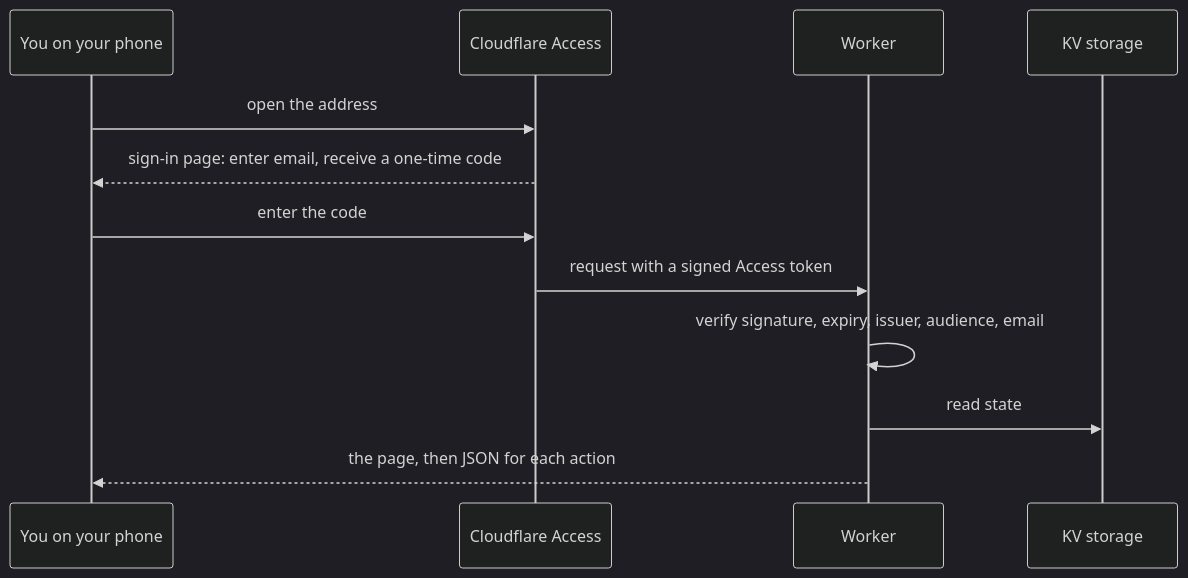
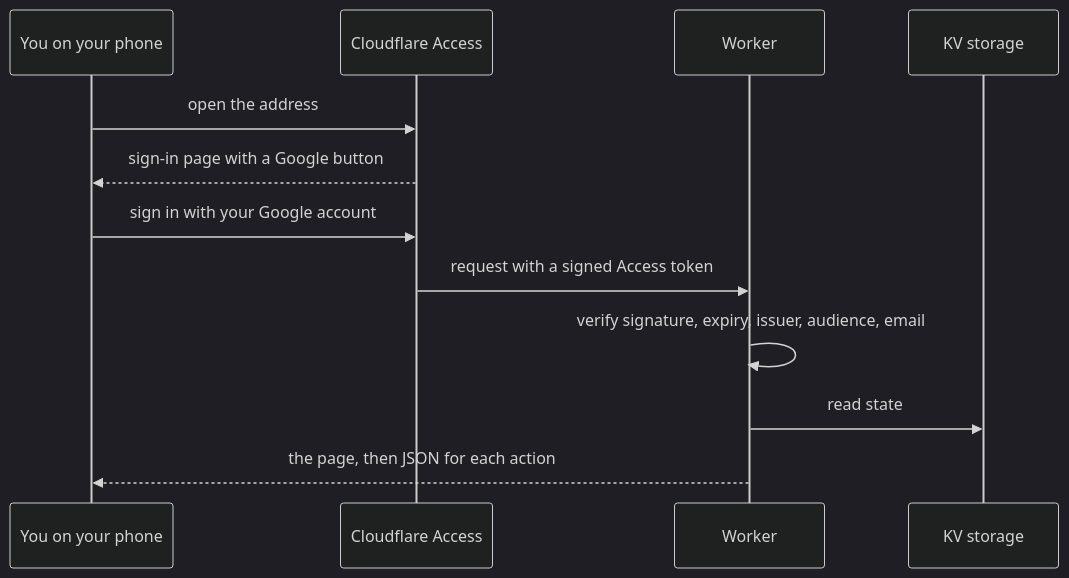
The second of 2 diagrams in investec-card-spend-tracker/docs/01-overview.md (hardussa/investec-spending-tracker), drawn with Mermaid (dark theme) before and after one commit. The commit also changed other lines of this file and 11 other files, not shown here.

````diff
--- a/investec-card-spend-tracker/docs/01-overview.md
+++ b/investec-card-spend-tracker/docs/01-overview.md
@@ -49,14 +49,14 @@
 ```mermaid
 sequenceDiagram
   participant You as You on your phone
   participant CF as Cloudflare Access
   participant W as Worker
   participant KV as KV storage
   You->>CF: open the address
-  CF-->>You: sign-in page: enter email, receive a one-time code
-  You->>CF: enter the code
+  CF-->>You: sign-in page with a Google button
+  You->>CF: sign in with your Google account
   CF->>W: request with a signed Access token
   W->>W: verify signature, expiry, issuer, audience, email
   W->>KV: read state
   W-->>You: the page, then JSON for each action
 ```
````
